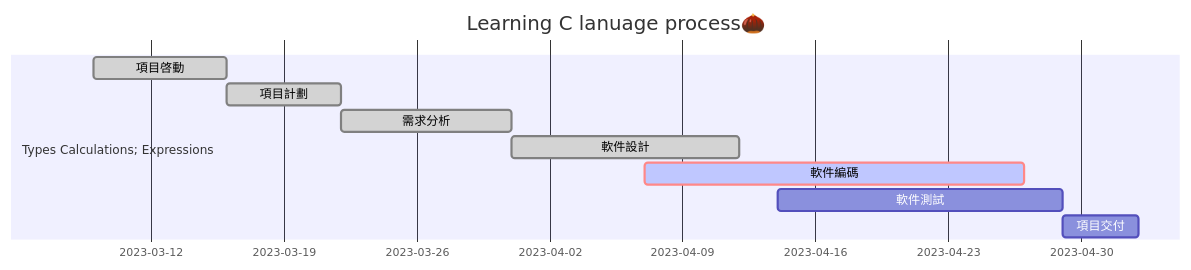
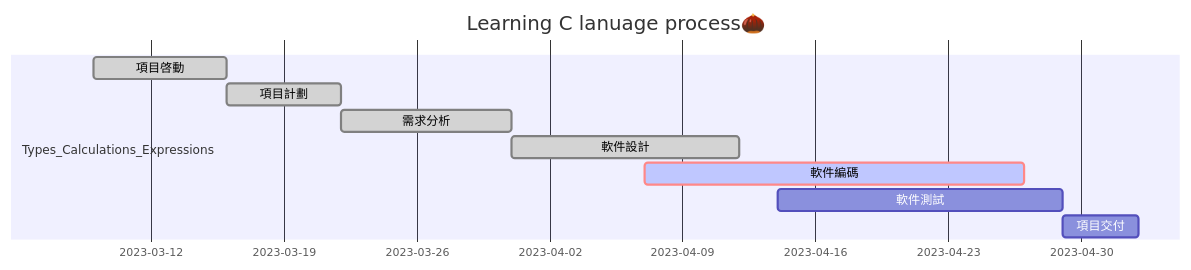
Before and after one commit to AimeeWen1992/Learning-C: the diagram in README.md, drawn with Mermaid. The commit also changed other lines of this file, not shown here.

````diff
--- a/README.md
+++ b/README.md
@@ -30,15 +30,15 @@
 ```mermaid
 gantt
 title Learning C lanuage process🌰
 
 dateFormat MM-DD
 
-section Types Calculations; Expressions
+section Types_Calculations_Expressions
 項目啓動 :done,des1,03-09,7d
 項目計劃 :done,des2,after des1,6d
 需求分析 :done,des3,after des2,9d
 軟件設計 :done,des4,after des3,12d
 軟件編碼 :crit,active,des5,04-07,20d
 軟件測試 :des6,04-14,15d
 項目交付 :des7,after des6,4d
 ```
````
